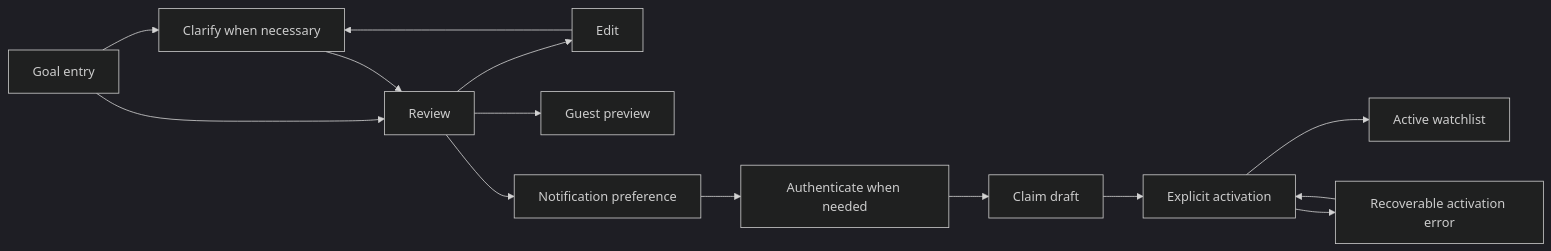
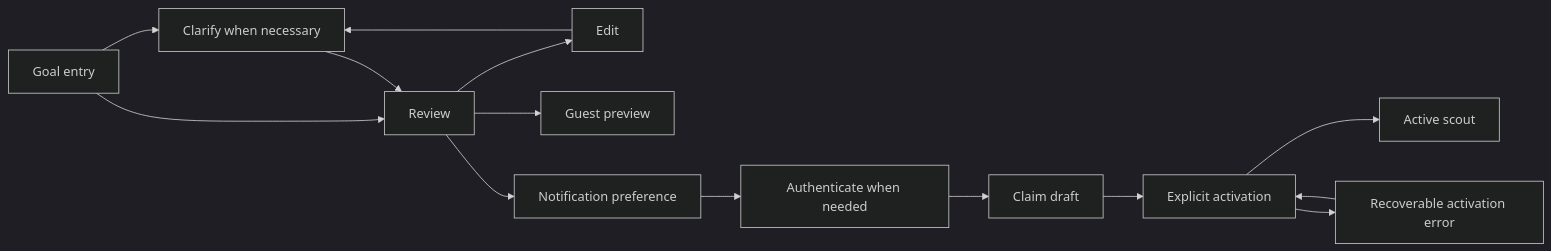
One commit to VictorOluwaseun/scoutalert changed the second of 2 diagrams in docs/architecture/scoutalert-onboarding-architecture-v0.1.md. Above: the diagram before and after it, drawn with Mermaid (dark theme). The commit also changed other lines of this file and 9 other files, not shown here.

Commit message:
docs: align platform scope architecture and engineering standards

````diff
--- a/docs/architecture/scoutalert-onboarding-architecture-v0.1.md
+++ b/docs/architecture/scoutalert-onboarding-architecture-v0.1.md
@@ -208,16 +194,16 @@
 ```mermaid
 flowchart LR
     START[Goal entry] --> CLARIFY[Clarify when necessary]
     START --> REVIEW[Review]
     CLARIFY --> REVIEW
     REVIEW --> EDIT[Edit]
     EDIT --> CLARIFY
     REVIEW --> GUEST[Guest preview]
     REVIEW --> PREFS[Notification preference]
     PREFS --> AUTH[Authenticate when needed]
     AUTH --> CLAIM[Claim draft]
     CLAIM --> ACTIVATE[Explicit activation]
-    ACTIVATE --> ACTIVE[Active watchlist]
+    ACTIVATE --> ACTIVE[Active scout]
     ACTIVATE --> RETRY[Recoverable activation error]
     RETRY --> ACTIVATE
 ```
````
